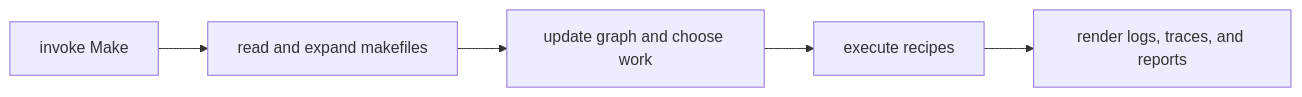
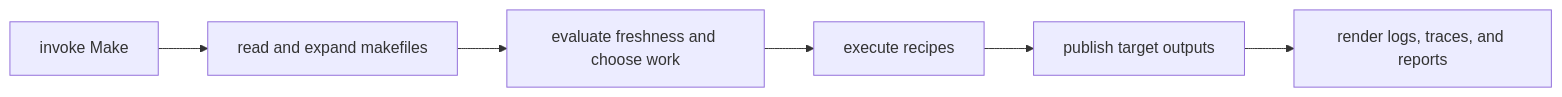
One commit to bijux/bijux-masterclass changed the second of 3 diagrams in programs/reproducible-research/deep-dive-make/course-book/module-09-performance-observability-incident-response/index.md. Above: the diagram before and after it, drawn with Mermaid. The commit also changed other lines of this file, not shown here.

````diff
--- a/programs/reproducible-research/deep-dive-make/course-book/module-09-performance-observability-incident-response/index.md
+++ b/programs/reproducible-research/deep-dive-make/course-book/module-09-performance-observability-incident-response/index.md
@@ -72,7 +135,8 @@
 ```mermaid
 flowchart LR
   invoke["invoke Make"] --> parse["read and expand makefiles"]
-  parse --> decide["update graph and choose work"]
+  parse --> decide["evaluate freshness and choose work"]
   decide --> recipes["execute recipes"]
-  recipes --> evidence["render logs, traces, and reports"]
+  recipes --> publish["publish target outputs"]
+  publish --> evidence["render logs, traces, and reports"]
 ```
````
